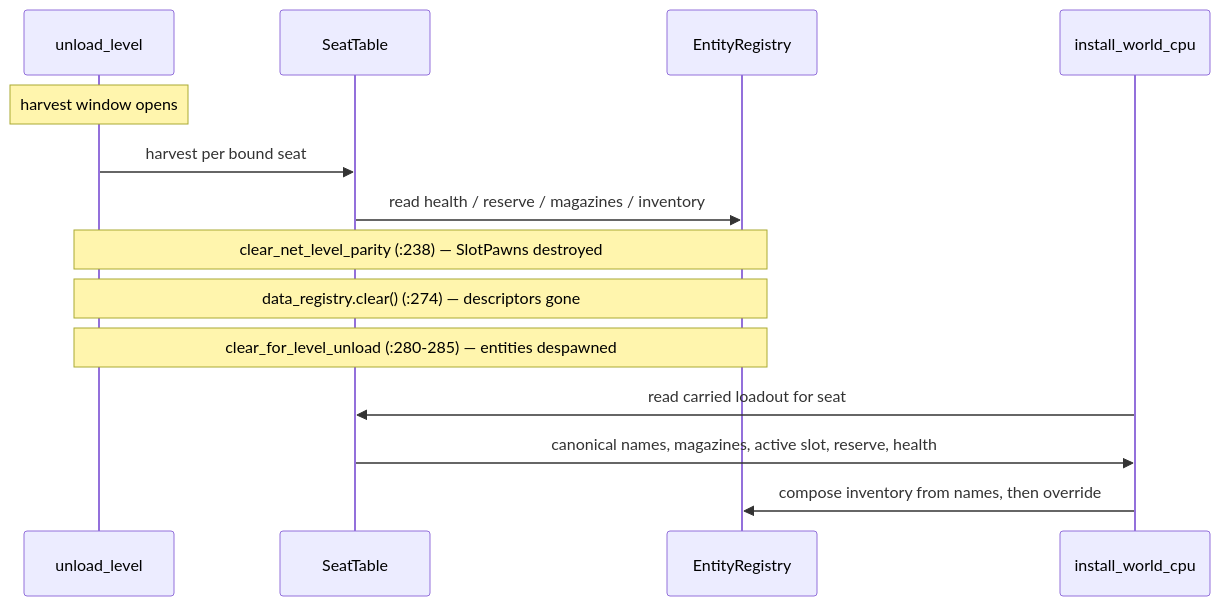
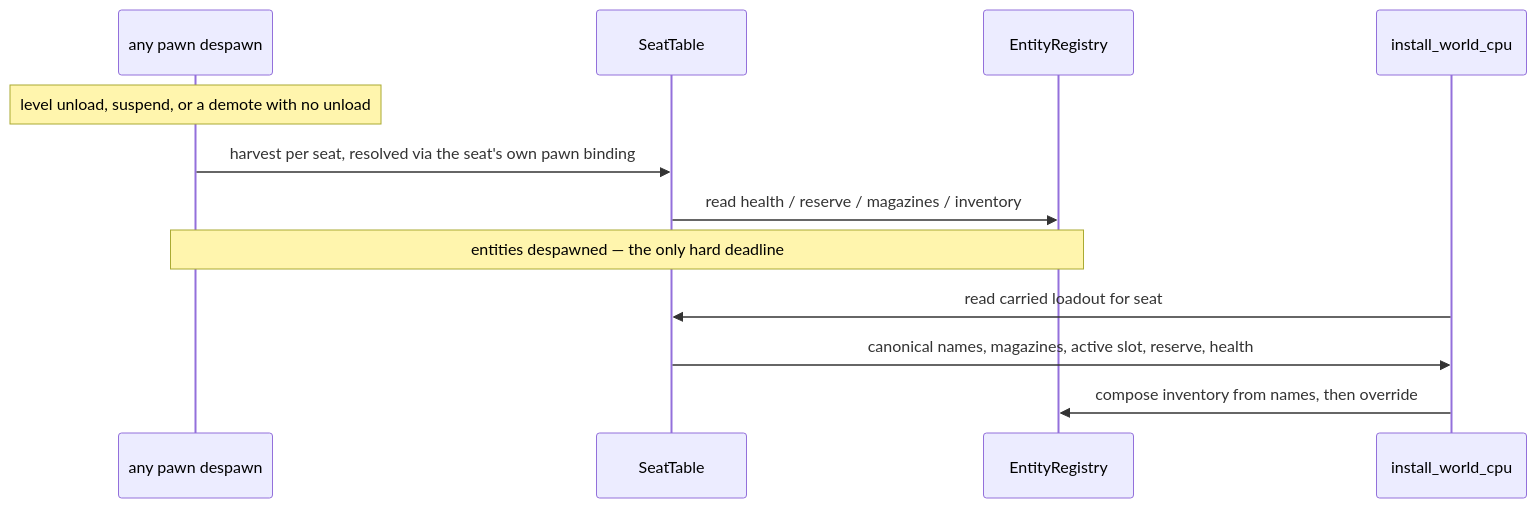
One commit to majtom2grndctrl/postretro changed the second of 2 diagrams in context/plans/drafts/E15--seat-session-identity-roster/research.md. Above: the diagram before and after it, drawn with Mermaid. The commit also changed other lines of this file and 1 other file, not shown here.

Commit message:
Resolve the remaining architectural questions in the E15 draft
Harvest keys to pawn despawn rather than level unload, covering the
demote-without-unload and suspend paths. The seat owns its pawn binding,
so clear_net_level_parity no longer constrains harvest placement.

Local player holds seat 0, minted with the seat table, so the host's carry
uses the same key as everyone else.

Player id is generated on first run and persisted as a PlayerOptions field
through the existing atomic save. No new machine-scoped file.

I5 and AC-ROSTER-2 narrowed to what host migration actually requires:
identified entries are re-mintable, anonymous ones are not.

Carried record reaches the composition chokepoint as a parameter; the
function stays seat-blind.

Task 2 lands the full SeatSessionState field set so Phase 4 is genuinely
concurrent.

Claude-Session: https://claude.ai/code/session_01B7RhHrd1PS5vTZgG87fhiq

````diff
--- a/context/plans/drafts/E15--seat-session-identity-roster/research.md
+++ b/context/plans/drafts/E15--seat-session-identity-roster/research.md
@@ -24,17 +24,15 @@
 ```mermaid
 sequenceDiagram
-    participant U as unload_level
+    participant D as any pawn despawn
     participant S as SeatTable
     participant R as EntityRegistry
     participant I as install_world_cpu
 
-    Note over U: harvest window opens
-    U->>S: harvest per bound seat
+    Note over D: level unload, suspend, or a demote with no unload
+    D->>S: harvest per seat, resolved via the seat's own pawn binding
     S->>R: read health / reserve / magazines / inventory
-    Note over U,R: clear_net_level_parity (:238) — SlotPawns destroyed
-    Note over U,R: data_registry.clear() (:274) — descriptors gone
-    Note over U,R: clear_for_level_unload (:280-285) — entities despawned
+    Note over D,R: entities despawned — the only hard deadline
     I->>S: read carried loadout for seat
     S->>I: canonical names, magazines, active slot, reserve, health
     I->>R: compose inventory from names, then override
 ```
````
